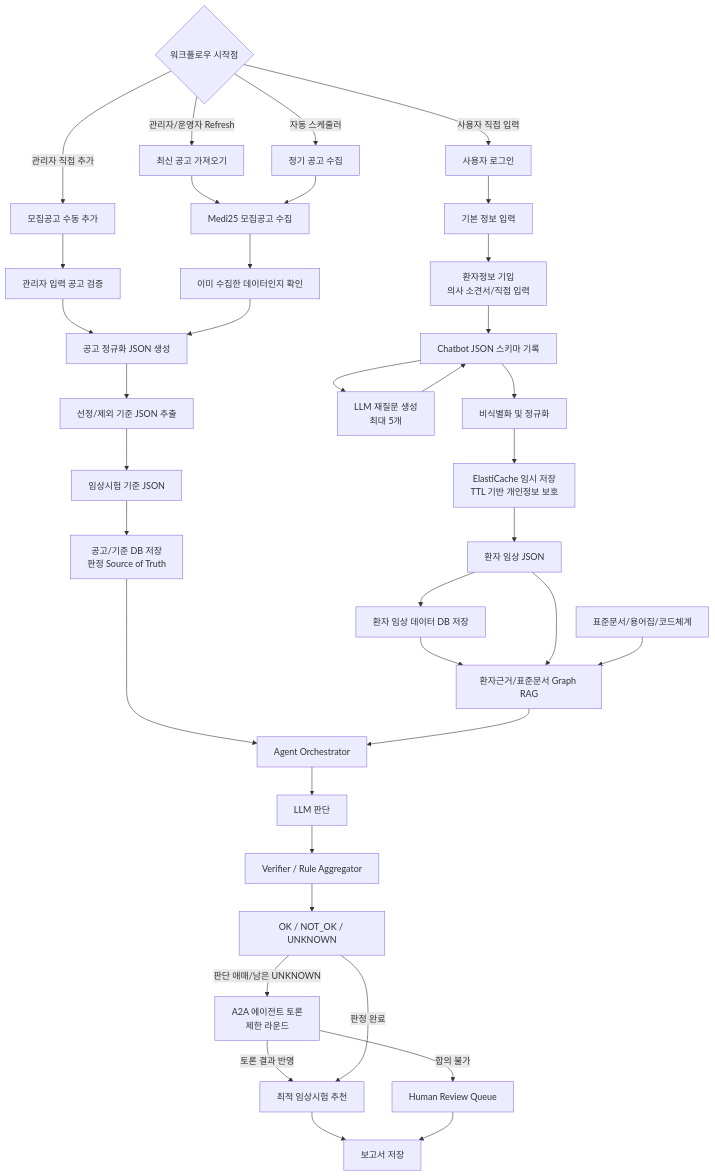
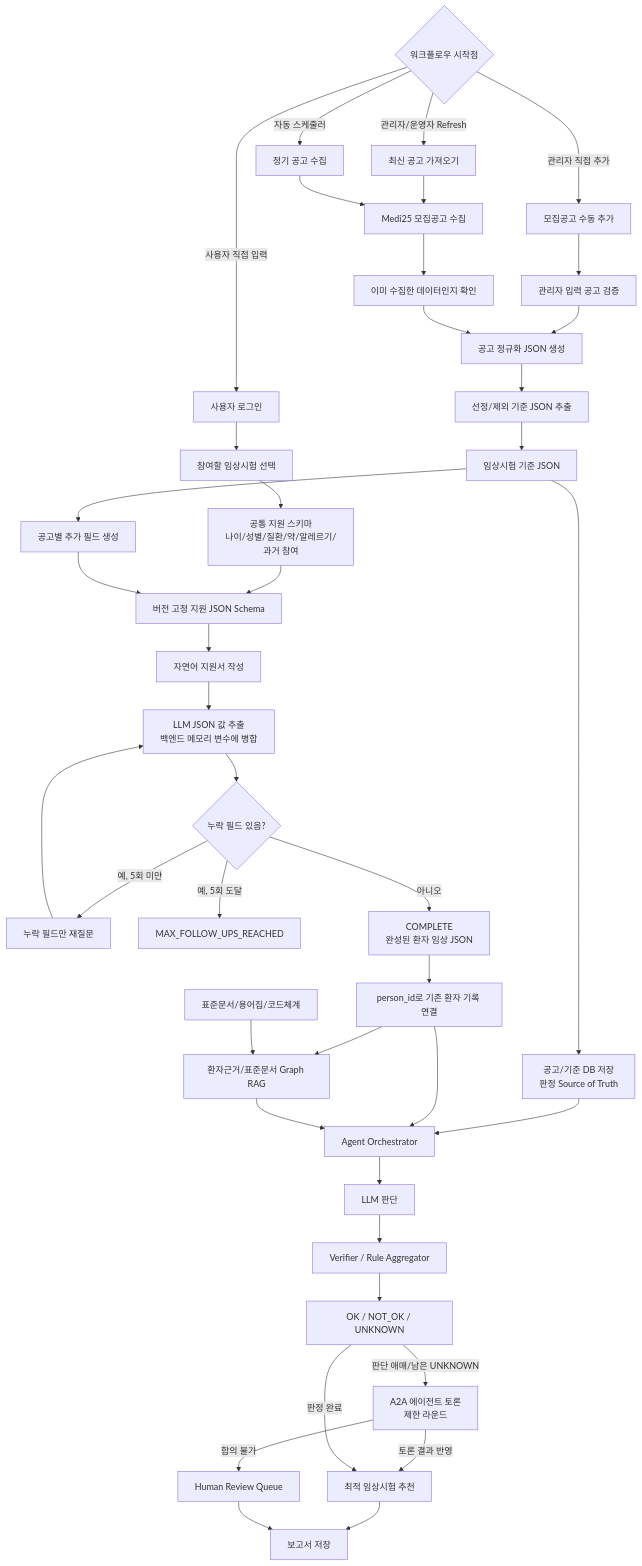
One commit to 1jaekim/AWS_Healthcare changed the first of 7 diagrams in doc/MATCHING_MODEL_V2.md. Above: the diagram before and after it, drawn with Mermaid. The commit also changed other lines of this file, not shown here.

````diff
--- a/doc/MATCHING_MODEL_V2.md
+++ b/doc/MATCHING_MODEL_V2.md
@@ -11,45 +11,49 @@
 ```mermaid
 flowchart TD
     START{"워크플로우 시작점"}
     START -->|관리자/운영자 Refresh| REF["최신 공고 가져오기"]
     START -->|관리자 직접 추가| ADMINADD["모집공고 수동 추가"]
     START -->|자동 스케줄러| AUTO["정기 공고 수집"]
     START -->|사용자 직접 입력| U["사용자 로그인"]
 
     REF --> A["Medi25 모집공고 수집"]
     ADMINADD --> MANUAL["관리자 입력 공고 검증"]
     MANUAL --> B
     AUTO --> A
     A --> CHECK["이미 수집한 데이터인지 확인"]
     CHECK --> B["공고 정규화 JSON 생성"]
     B --> C["선정/제외 기준 JSON 추출"]
     C --> D["임상시험 기준 JSON"]
     D --> DBT["공고/기준 DB 저장<br/>판정 Source of Truth"]
 
-    U --> P["기본 정보 입력"]
-    P --> E["환자정보 기입<br/>의사 소견서/직접 입력"]
-    E --> BOT["Chatbot JSON 스키마 기록"]
-    BOT --> Q0["LLM 재질문 생성<br/>최대 5개"]
+    U --> SELECT["참여할 임상시험 선택"]
+    SELECT --> BASE["공통 지원 스키마<br/>나이/성별/질환/약/알레르기/과거 참여"]
+    D --> EXT["공고별 추가 필드 생성"]
+    BASE --> SCHEMA["버전 고정 지원 JSON Schema"]
+    EXT --> SCHEMA
+    SCHEMA --> E["자연어 지원서 작성"]
+    E --> BOT["LLM JSON 값 추출<br/>백엔드 메모리 변수에 병합"]
+    BOT --> MISS{"누락 필드 있음?"}
+    MISS -->|예, 5회 미만| Q0["누락 필드만 재질문"]
     Q0 --> BOT
-    BOT --> S["비식별화 및 정규화"]
-    S --> CACHE["ElastiCache 임시 저장<br/>TTL 기반 개인정보 보호"]
-    CACHE --> J["환자 임상 JSON"]
-    J --> DBP["환자 임상 데이터 DB 저장"]
+    MISS -->|예, 5회 도달| LIMIT["MAX_FOLLOW_UPS_REACHED"]
+    MISS -->|아니오| J["COMPLETE<br/>완성된 환자 임상 JSON"]
+    J --> LINK["person_id로 기존 환자 기록 연결"]
 
     DBT --> AG["Agent Orchestrator"]
-    DBP --> R
-    J --> R
+    LINK --> AG
+    LINK --> R
     STD["표준문서/용어집/코드체계"] --> R
 
     R["환자근거/표준문서 Graph RAG"] --> AG
     AG --> M["LLM 판단"]
     M --> V["Verifier / Rule Aggregator"]
     V --> O["OK / NOT_OK / UNKNOWN"]
 
     O -->|판단 애매/남은 UNKNOWN| A2A["A2A 에이전트 토론<br/>제한 라운드"]
     A2A -->|토론 결과 반영| REC["최적 임상시험 추천"]
     A2A -->|합의 불가| HR["Human Review Queue"]
     O -->|판정 완료| REC
     REC --> REP["보고서 저장"]
     HR --> REP
 ```
````
